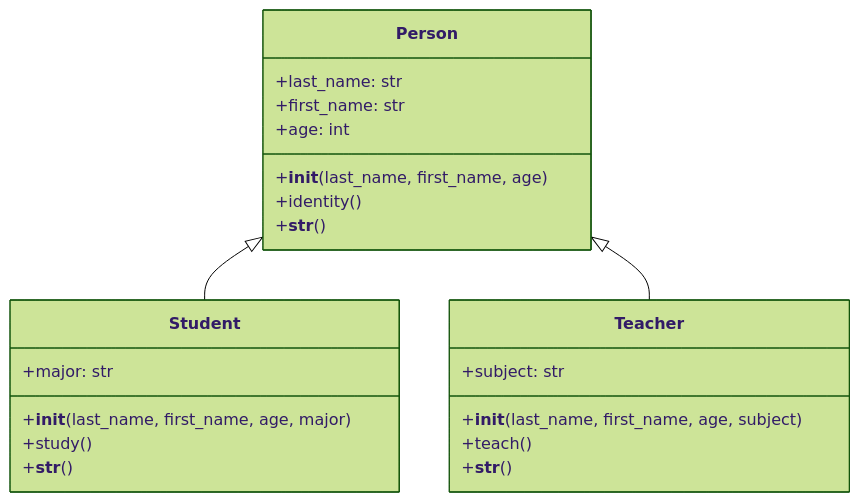
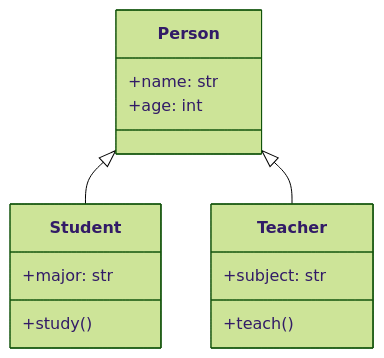
The sixth of 11 diagrams in README.md (Lagmouchyoussef/Python-Practical-Works), drawn with Mermaid (forest theme) before and after one commit. The commit also changed other lines of this file, not shown here.

````diff
--- a/README.md
+++ b/README.md
@@ -564,28 +328,20 @@
 ```mermaid
 classDiagram
     class Person {
-        +last_name: str
-        +first_name: str
+        +name: str
         +age: int
-        +__init__(last_name, first_name, age)
-        +identity()
-        +__str__()
     }
     
     class Student {
         +major: str
-        +__init__(last_name, first_name, age, major)
         +study()
-        +__str__()
     }
     
     class Teacher {
         +subject: str
-        +__init__(last_name, first_name, age, subject)
         +teach()
-        +__str__()
     }
     
     Person <|-- Student
     Person <|-- Teacher
 ```
````
